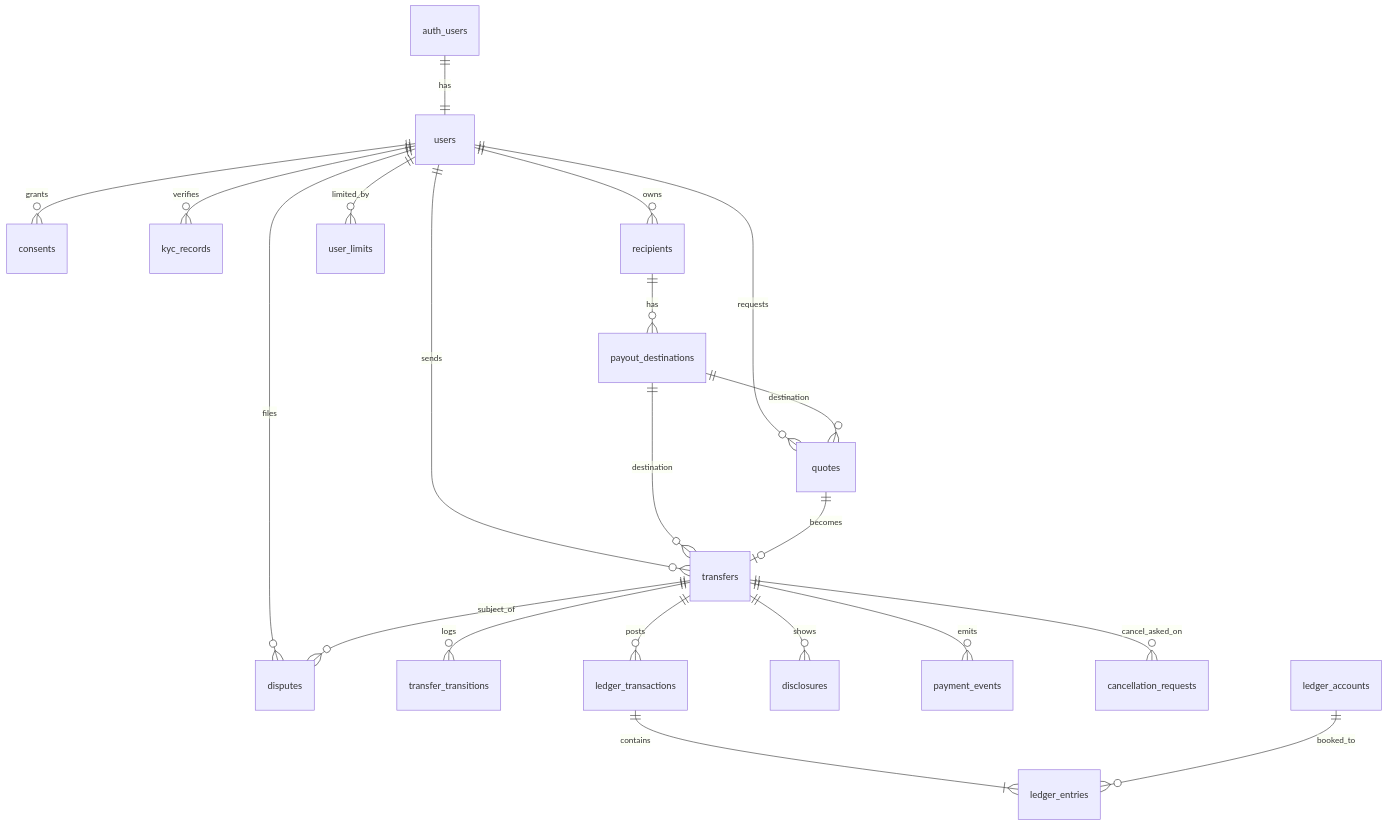
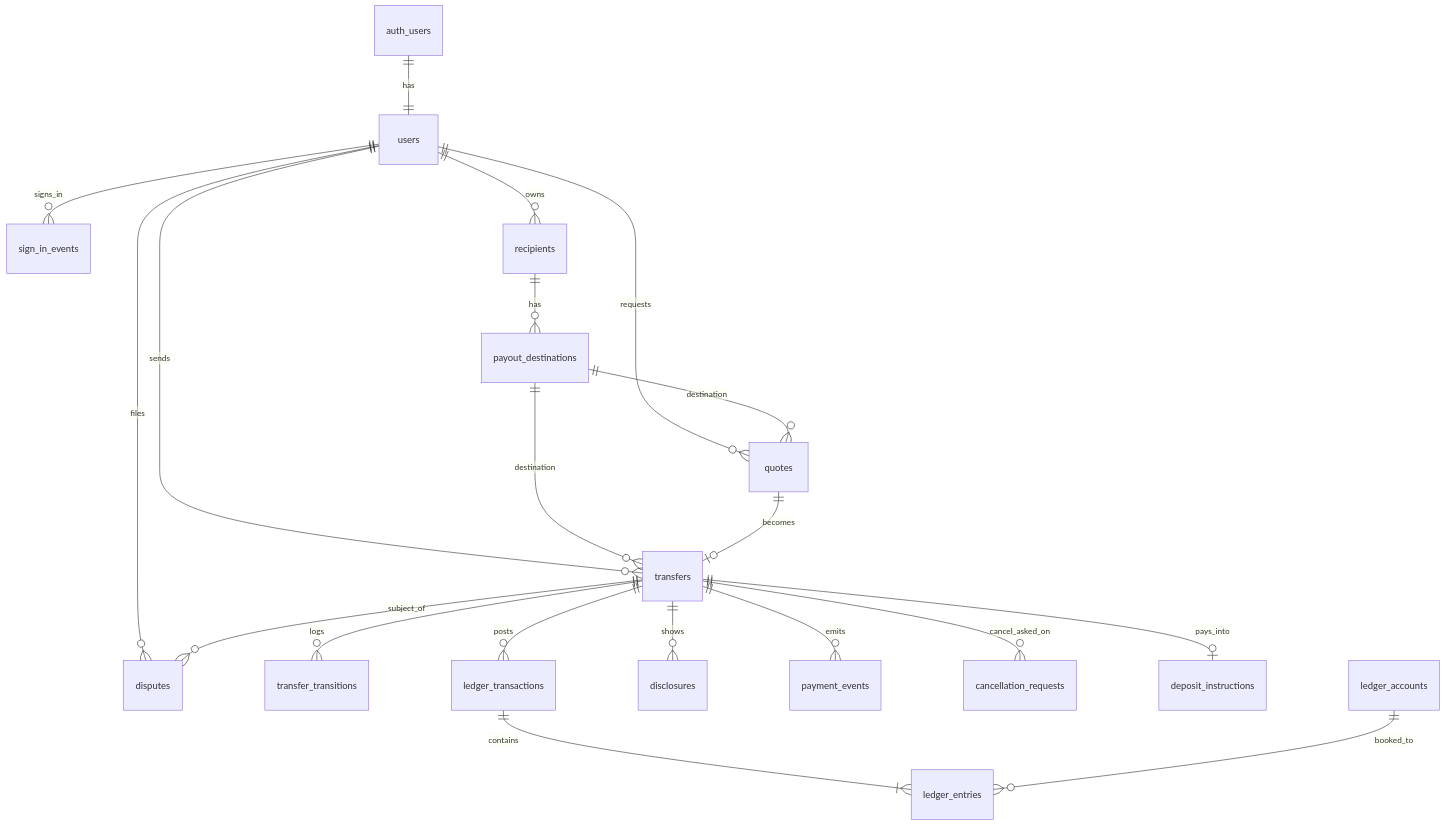
The diagram in docs/erd.md (PuenteFinancial/PuenteApp), drawn with Mermaid before and after one commit. The commit also changed other lines of this file and 6 other files, not shown here.

````diff
--- a/docs/erd.md
+++ b/docs/erd.md
@@ -30,23 +31,22 @@
 ```mermaid
 erDiagram
     auth_users         ||--||  users               : has
-    users              ||--o{  consents            : grants
-    users              ||--o{  kyc_records         : verifies
+    users              ||--o{  sign_in_events      : signs_in
     users              ||--o{  recipients          : owns
     users              ||--o{  quotes              : requests
     users              ||--o{  transfers           : sends
-    users              ||--o{  user_limits         : limited_by
     users              ||--o{  disputes            : files
     recipients         ||--o{  payout_destinations : has
     payout_destinations||--o{  quotes              : destination
     payout_destinations||--o{  transfers           : destination
     quotes             ||--o|  transfers           : becomes
     transfers          ||--o{  transfer_transitions: logs
     transfers          ||--o{  ledger_transactions : posts
     transfers          ||--o{  disclosures         : shows
     transfers          ||--o{  payment_events      : emits
     transfers          ||--o{  disputes            : subject_of
     transfers          ||--o{ cancellation_requests: cancel_asked_on
+    transfers          ||--o|  deposit_instructions: pays_into
     ledger_transactions||--|{  ledger_entries      : contains
     ledger_accounts    ||--o{  ledger_entries      : booked_to
 ```
````
